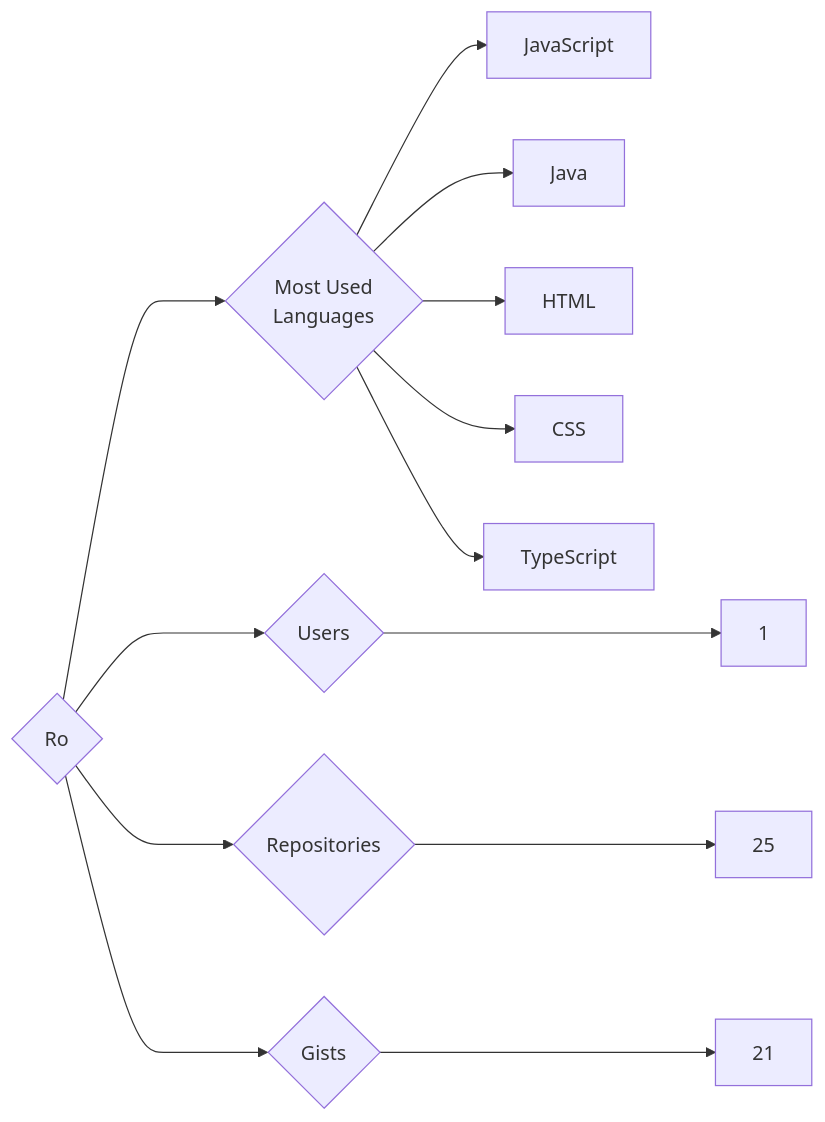
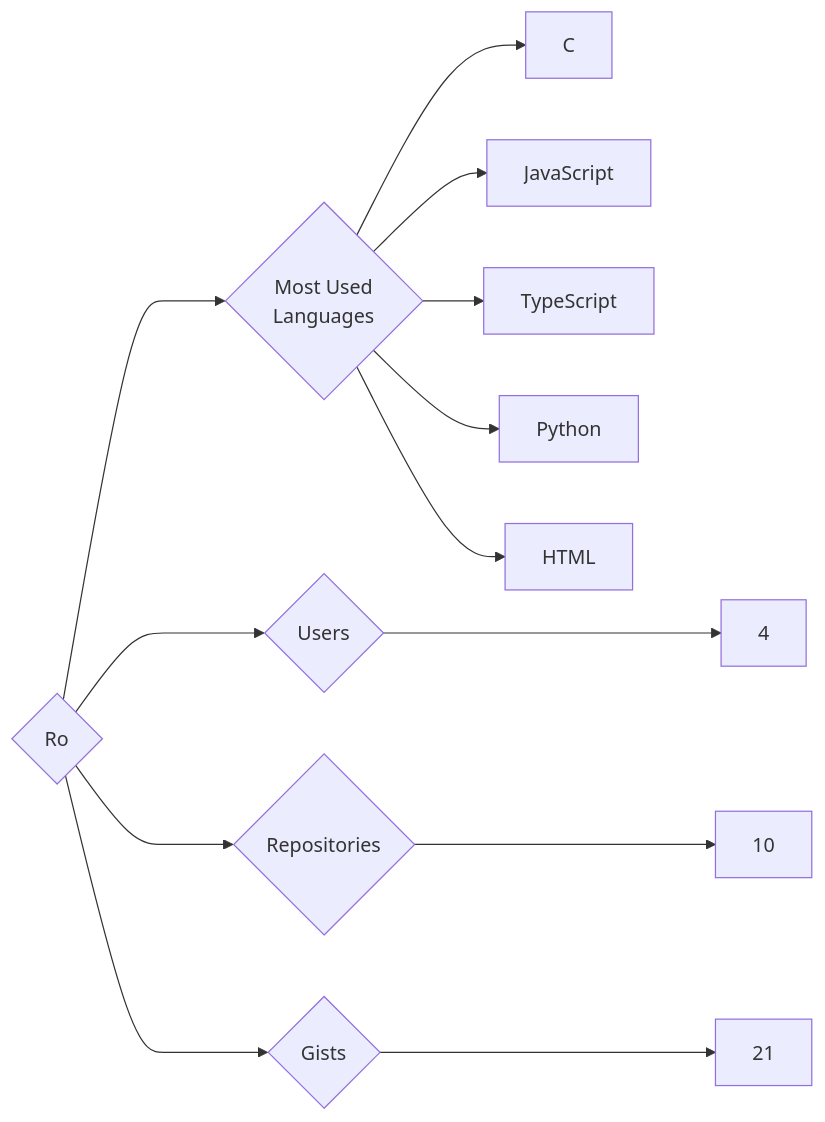
One commit to trickest/insiders changed the diagram in targets/Ro/README.md. Above: the diagram before and after it, drawn with Mermaid. The commit also changed 1696 other files, not shown here.

````diff
--- a/targets/Ro/README.md
+++ b/targets/Ro/README.md
@@ -3,13 +3,13 @@
 ```mermaid
 graph LR
 COMPANY_NAME{Ro}
-COMPANY_NAME ---> U{Users} ---> UN[1]
-COMPANY_NAME ---> R{Repositories} ---> RN[25]
+COMPANY_NAME ---> U{Users} ---> UN[4]
+COMPANY_NAME ---> R{Repositories} ---> RN[10]
 COMPANY_NAME ---> G{Gists} ---> GN[21]
 COMPANY_NAME ---> ML{Most Used<br>Languages}
+ML --> C[C]
 ML --> JavaScript[JavaScript]
-ML --> Java[Java]
+ML --> TypeScript[TypeScript]
+ML --> Python[Python]
 ML --> HTML[HTML]
-ML --> CSS[CSS]
-ML --> TypeScript[TypeScript]
 ```
````
